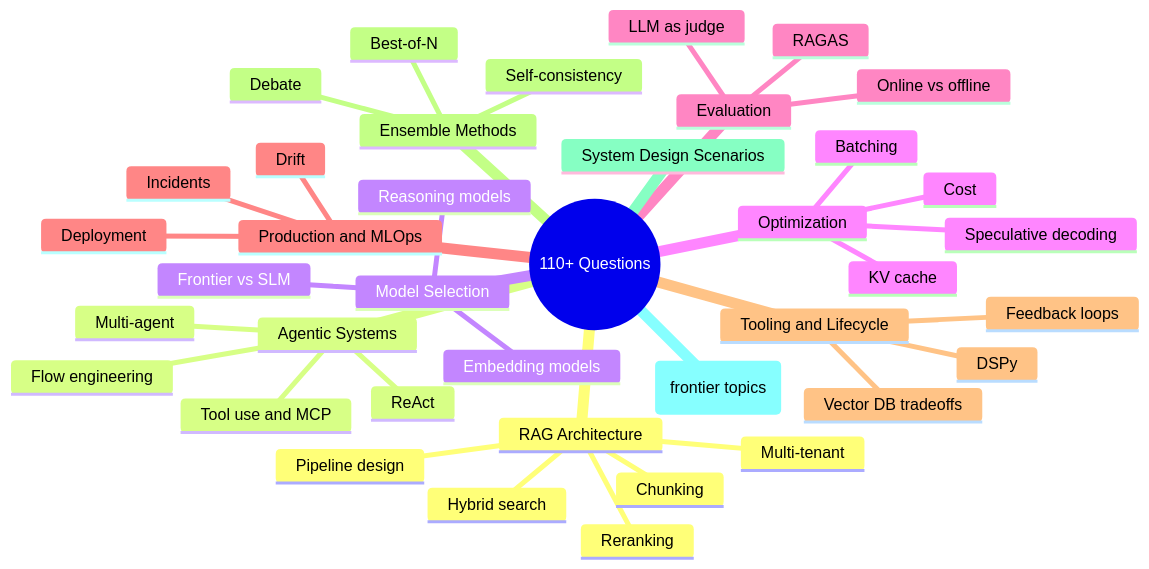
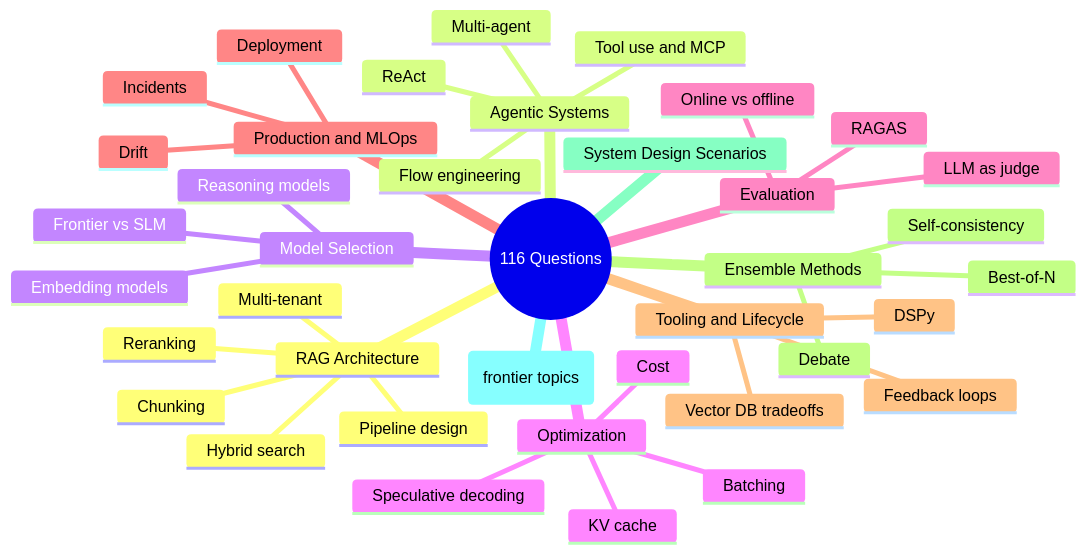
One commit to nckhemanth/AI-Engineering changed the first of 3 diagrams in 00-interview-prep/01-question-bank.md. Above: the diagram before and after it, drawn with Mermaid. The commit also changed other lines of this file, not shown here.

First line of the commit message:
feat(question-bank): add June 2026 advanced questions Q111-Q116

````diff
--- a/00-interview-prep/01-question-bank.md
+++ b/00-interview-prep/01-question-bank.md
@@ -9,42 +9,42 @@
 ```mermaid
 mindmap
-  root((110+ Questions))
+  root((116 Questions))
     RAG Architecture
       Pipeline design
       Chunking
       Hybrid search
       Reranking
       Multi-tenant
     Agentic Systems
       ReAct
       Tool use and MCP
       Multi-agent
       Flow engineering
     Model Selection
       Frontier vs SLM
       Reasoning models
       Embedding models
     Optimization
       KV cache
       Speculative decoding
       Batching
       Cost
     Evaluation
       RAGAS
       LLM as judge
       Online vs offline
     Production and MLOps
       Deployment
       Drift
       Incidents
     Tooling and Lifecycle
       Vector DB tradeoffs
       DSPy
       Feedback loops
     Ensemble Methods
       Self-consistency
       Best-of-N
       Debate
     System Design Scenarios
     Advanced sets (frontier topics)
 ```
````
